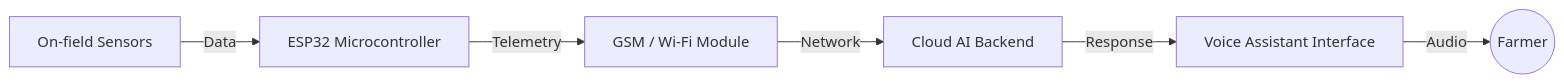
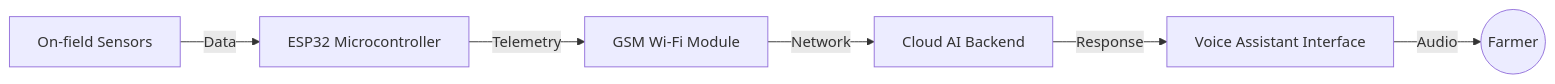
The second of 2 diagrams in README.md (sohansa035-bot/TerraSense), drawn with Mermaid before and after one commit.

Commit message:
fix: render react dashboard properly via local server for screenshot

````diff
--- a/README.md
+++ b/README.md
@@ -70,15 +70,15 @@
 ```mermaid
 graph LR
     Sensors[On-field Sensors]
     ESP[ESP32 Microcontroller]
-    GSM[GSM / Wi-Fi Module]
+    GSM[GSM Wi-Fi Module]
     Cloud[Cloud AI Backend]
     Voice[Voice Assistant Interface]
     Farmer((Farmer))
 
     Sensors -->|Data| ESP
     ESP -->|Telemetry| GSM
     GSM -->|Network| Cloud
     Cloud -->|Response| Voice
     Voice -->|Audio| Farmer
 ```
````
